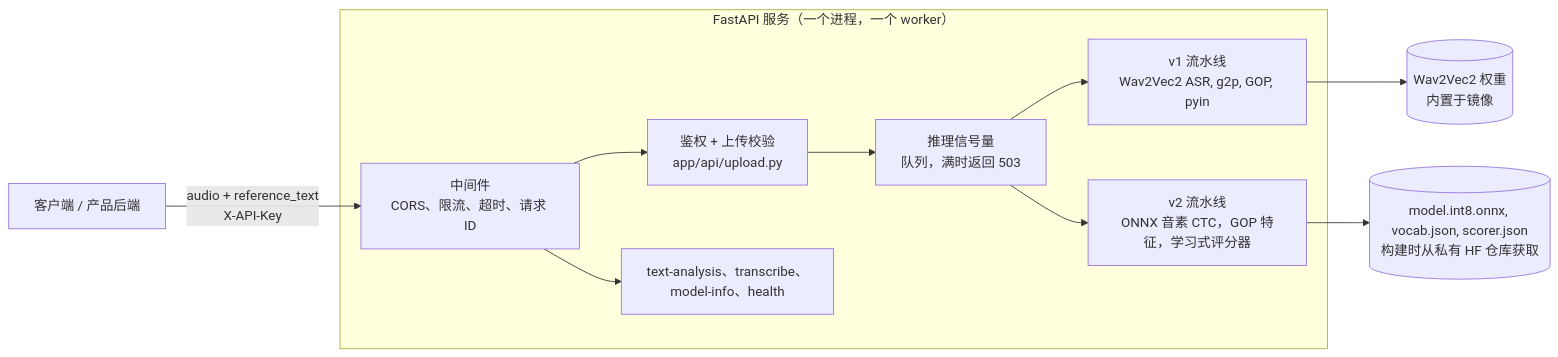
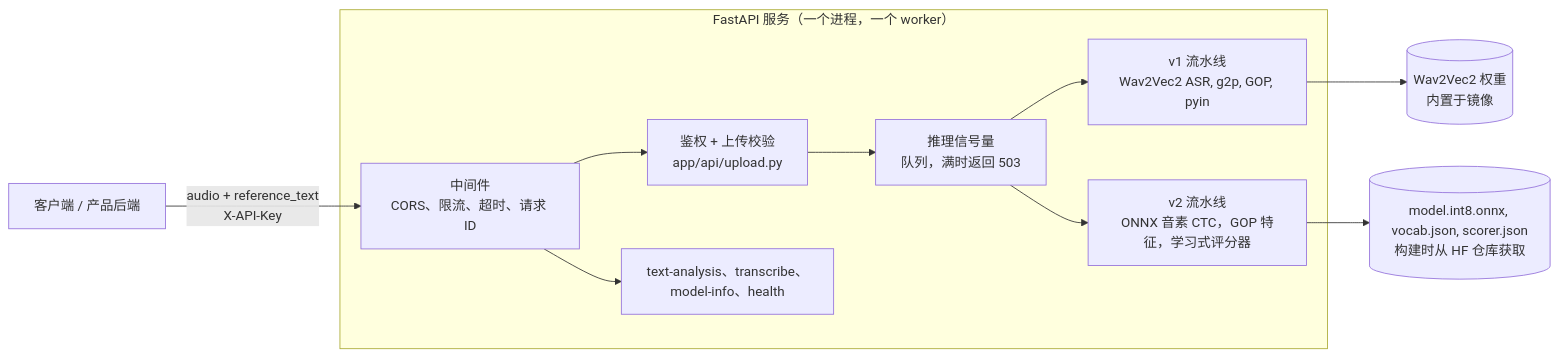
Before and after one commit to dris1153/pronunciation-service: the first of 4 diagrams in languages/zh/docs/architecture.md, drawn with Mermaid. The commit also changed other lines of this file and 40 other files, not shown here.

````diff
--- a/languages/zh/docs/architecture.md
+++ b/languages/zh/docs/architecture.md
@@ -9,13 +9,13 @@
 ```mermaid
 flowchart LR
     client["客户端 / 产品后端"] -->|"audio + reference_text<br/>X-API-Key"| mw
     subgraph svc["FastAPI 服务（一个进程，一个 worker）"]
         mw["中间件<br/>CORS、限流、超时、请求 ID"] --> val["鉴权 + 上传校验<br/>app/api/upload.py"]
         val --> sem["推理信号量<br/>队列，满时返回 503"]
         sem --> v1["v1 流水线<br/>Wav2Vec2 ASR, g2p, GOP, pyin"]
         sem --> v2["v2 流水线<br/>ONNX 音素 CTC，GOP 特征，学习式评分器"]
         mw --> misc["text-analysis、transcribe、<br/>model-info、health"]
     end
     v1 --> w1[("Wav2Vec2 权重<br/>内置于镜像")]
-    v2 --> w2[("model.int8.onnx, vocab.json, scorer.json<br/>构建时从私有 HF 仓库获取")]
+    v2 --> w2[("model.int8.onnx, vocab.json, scorer.json<br/>构建时从 HF 仓库获取")]
 ```
````
